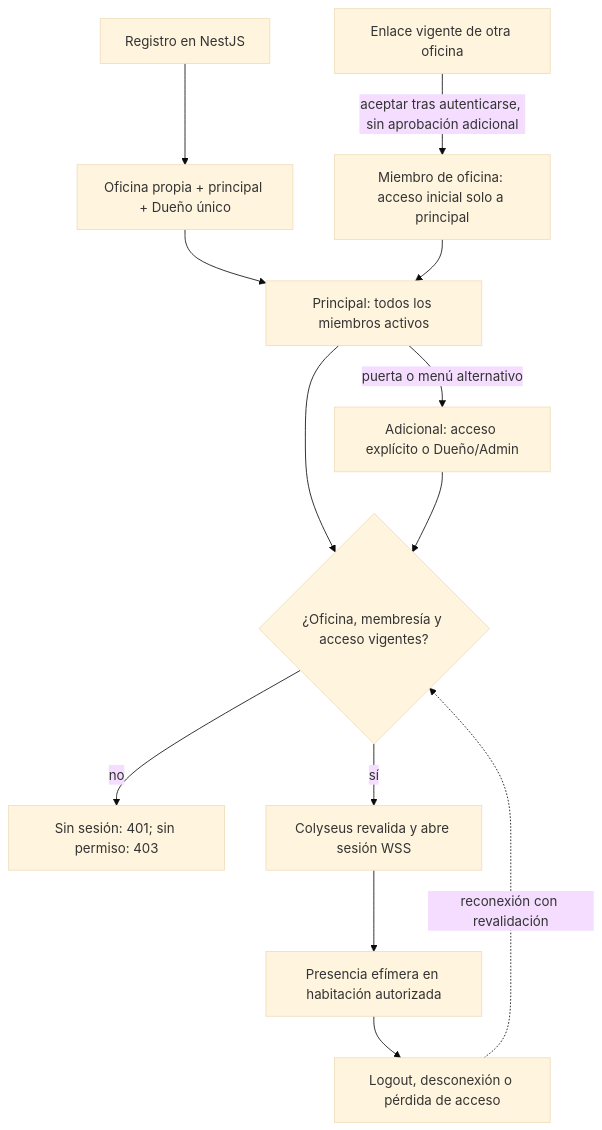
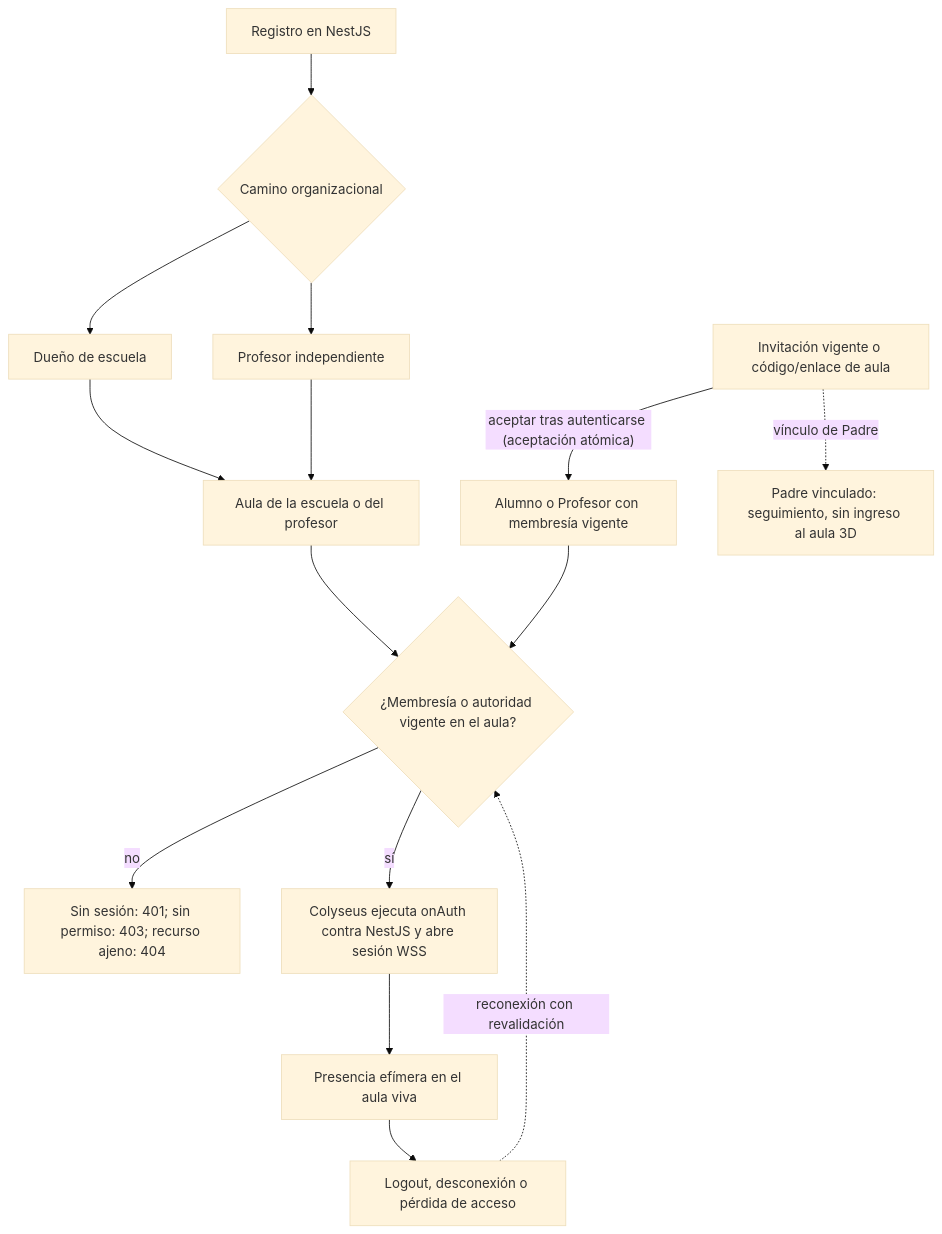
One commit to Agustin742/integratec-final-back changed the second of 3 diagrams in docs/diagrams/02-system-architecture/deployment-and-network.md. Above: the diagram before and after it, drawn with Mermaid (base theme). The commit also changed other lines of this file and 7 other files, not shown here.

Commit message:
docs(diagrams): realign architecture and reference diagrams with the school niche model

````diff
--- a/docs/diagrams/02-system-architecture/deployment-and-network.md
+++ b/docs/diagrams/02-system-architecture/deployment-and-network.md
@@ -104,27 +125,31 @@
 ```mermaid
 flowchart TD
   registro["Registro en NestJS"]
-  own["Oficina propia + principal + Dueño único"]
-  invitacion["Enlace vigente de otra oficina"]
-  miembro["Miembro de oficina: acceso inicial solo a principal"]
-  principal["Principal: todos los miembros activos"]
-  adicional["Adicional: acceso explícito o Dueño/Admin"]
-  autorizacion{"¿Oficina, membresía y acceso vigentes?"}
-  rechazo["Sin sesión: 401; sin permiso: 403"]
-  conexion["Colyseus revalida y abre sesión WSS"]
-  presencia["Presencia efímera en habitación autorizada"]
+  camino{"Camino organizacional"}
+  escuela["Dueño de escuela"]
+  indep["Profesor independiente"]
+  aula["Aula de la escuela o del profesor"]
+  invitacion["Invitación vigente o código/enlace de aula"]
+  miembro["Alumno o Profesor con membresía vigente"]
+  padre["Padre vinculado: seguimiento, sin ingreso al aula 3D"]
+  autorizacion{"¿Membresía o autoridad vigente en el aula?"}
+  rechazo["Sin sesión: 401; sin permiso: 403; recurso ajeno: 404"]
+  conexion["Colyseus ejecuta onAuth contra NestJS y abre sesión WSS"]
+  presencia["Presencia efímera en el aula viva"]
   salida["Logout, desconexión o pérdida de acceso"]
 
-  registro --> own
-  own --> principal
-  invitacion -->|"aceptar tras autenticarse, sin aprobación adicional"| miembro
-  miembro --> principal
-  principal -->|"puerta o menú alternativo"| adicional
-  principal --> autorizacion
-  adicional --> autorizacion
+  registro --> camino
+  camino --> escuela
+  camino --> indep
+  escuela --> aula
+  indep --> aula
+  invitacion -->|"aceptar tras autenticarse (aceptación atómica)"| miembro
+  invitacion -.->|"vínculo de Padre"| padre
+  miembro --> autorizacion
+  aula --> autorizacion
   autorizacion -->|"no"| rechazo
   autorizacion -->|"sí"| conexion
   conexion --> presencia
   presencia --> salida
   salida -.->|"reconexión con revalidación"| autorizacion
 ```
````
